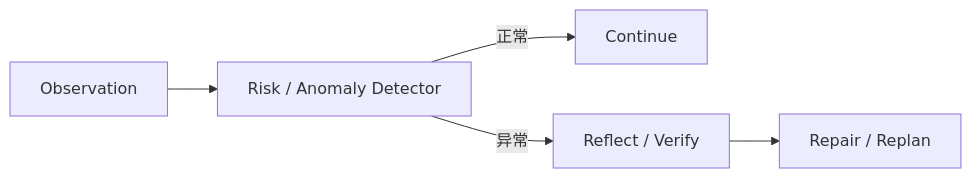
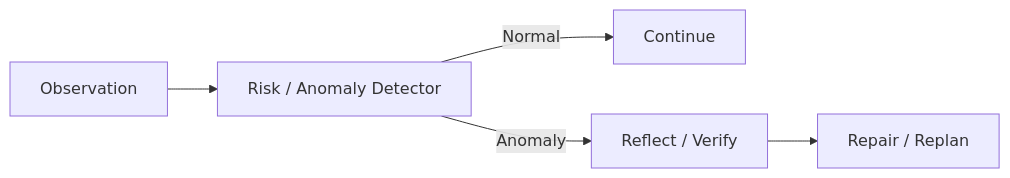
One commit to oneleaveknowsthefall/awesome-ai-roadmap changed diagram 11 of 23 in docs/agent/02-reasoning-planning/12-agent-reflection.md. Above: the diagram before and after it, drawn with Mermaid. The commit also changed other lines of this file and 68 other files, not shown here.

````diff
--- a/docs/agent/02-reasoning-planning/12-agent-reflection.md
+++ b/docs/agent/02-reasoning-planning/12-agent-reflection.md
@@ -344,7 +344,7 @@
 ```mermaid
 flowchart LR
     O[Observation] --> R[Risk / Anomaly Detector]
-    R -->|正常| NEXT[Continue]
-    R -->|异常| REFLECT[Reflect / Verify]
+    R -->|Normal| NEXT[Continue]
+    R -->|Anomaly| REFLECT[Reflect / Verify]
     REFLECT --> FIX[Repair / Replan]
 ```
````
